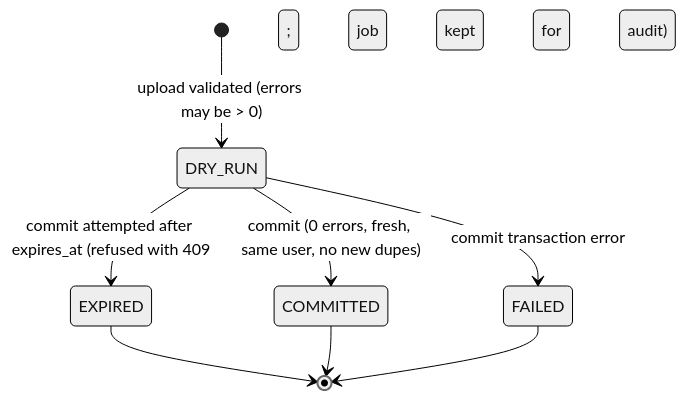
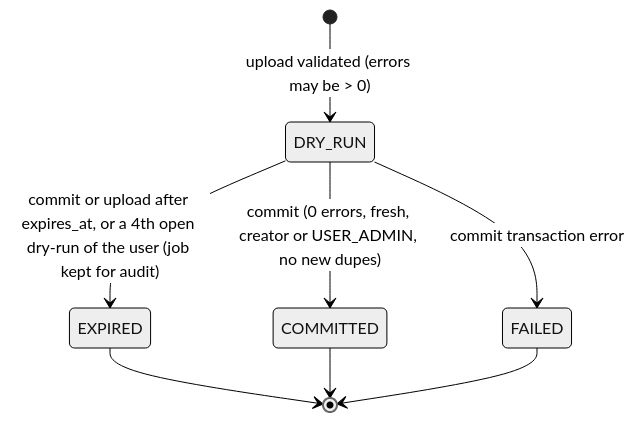
One commit to Mugunthanbvn/salary-management changed the second of 2 diagrams in docs/11-import-export.md. Above: the diagram before and after it, drawn with Mermaid (neutral theme). The commit also changed other lines of this file, not shown here.

Commit message:
docs(import): name USER_ADMIN, not the ADMIN role, in the commit rules
Claude-Session: https://claude.ai/code/session_01TeA7MkfNzAjPMWbzGMqgrL

````diff
--- a/docs/11-import-export.md
+++ b/docs/11-import-export.md
@@ -199,10 +199,10 @@
 ```mermaid
 stateDiagram-v2
     [*] --> DRY_RUN: upload validated (errors may be > 0)
-    DRY_RUN --> COMMITTED: commit (0 errors, fresh, same user, no new dupes)
+    DRY_RUN --> COMMITTED: commit (0 errors, fresh, creator or USER_ADMIN, no new dupes)
     DRY_RUN --> FAILED: commit transaction error
-    DRY_RUN --> EXPIRED: commit attempted after expires_at (refused with 409; job kept for audit)
+    DRY_RUN --> EXPIRED: commit or upload after expires_at, or a 4th open dry-run of the user (job kept for audit)
     EXPIRED --> [*]
     COMMITTED --> [*]
     FAILED --> [*]
 ```
````
